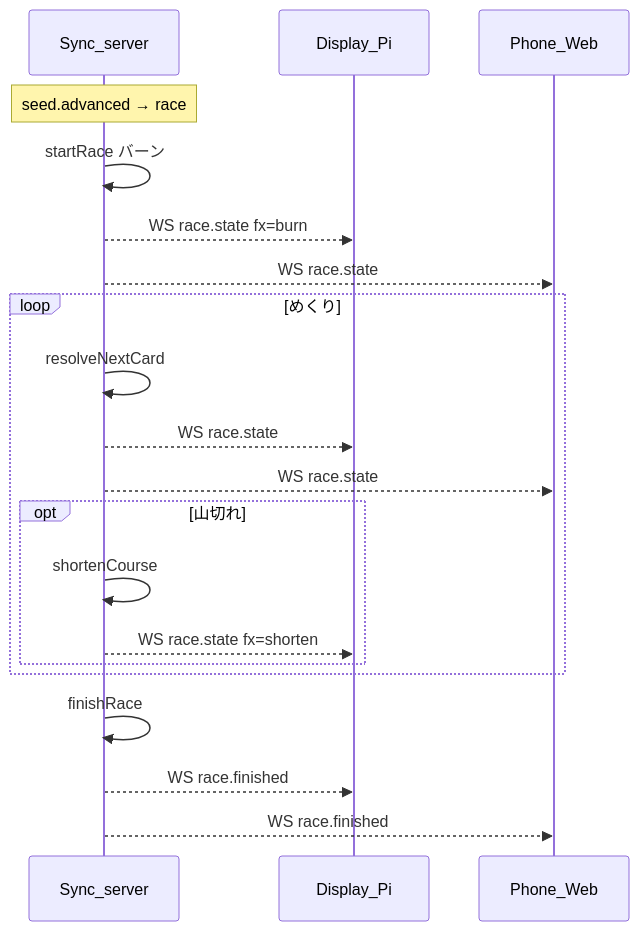
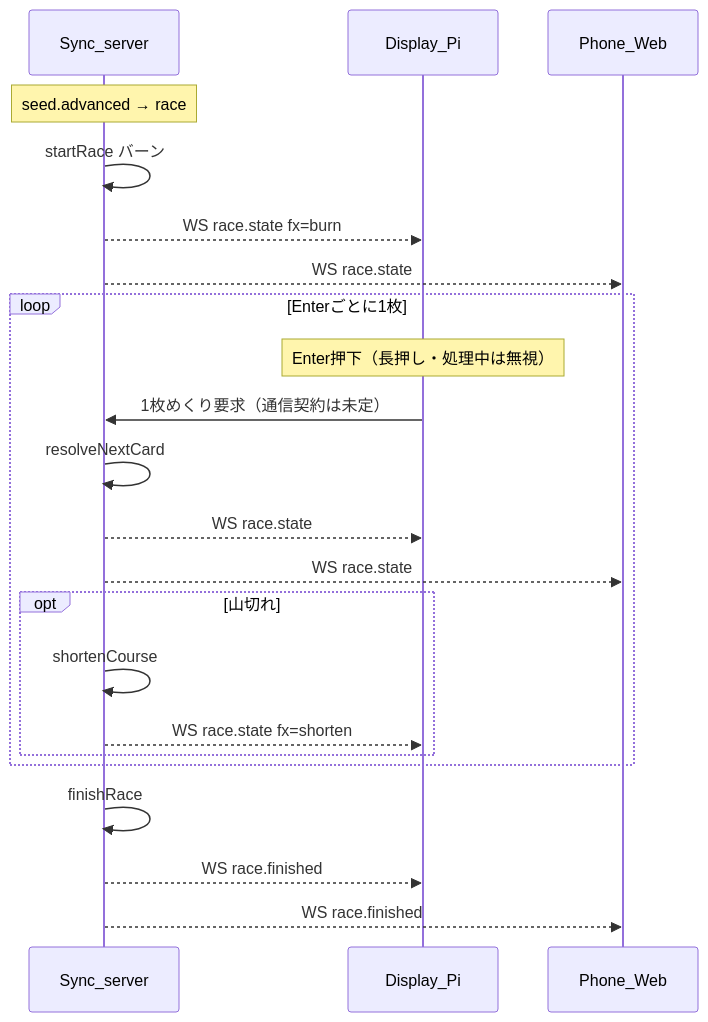
One commit to nittohbs-dev/HotStreak changed the diagram in docs/design/hotstreak/features/race/flows.md. Above: the diagram before and after it, drawn with Mermaid. The commit also changed other lines of this file and 13 other files, not shown here.

````diff
--- a/docs/design/hotstreak/features/race/flows.md
+++ b/docs/design/hotstreak/features/race/flows.md
@@ -5,23 +5,25 @@
 ```mermaid
 sequenceDiagram
   participant Sync as Sync_server
   participant Display as Display_Pi
   participant Phone as Phone_Web
 
   Note over Sync: seed.advanced → race
   Sync->>Sync: startRace バーン
   Sync-->>Display: WS race.state fx=burn
   Sync-->>Phone: WS race.state
-  loop めくり
+  loop Enterごとに1枚
+    Note over Display: Enter押下（長押し・処理中は無視）
+    Display->>Sync: 1枚めくり要求（通信契約は未定）
     Sync->>Sync: resolveNextCard
     Sync-->>Display: WS race.state
     Sync-->>Phone: WS race.state
     opt 山切れ
       Sync->>Sync: shortenCourse
       Sync-->>Display: WS race.state fx=shorten
     end
   end
   Sync->>Sync: finishRace
   Sync-->>Display: WS race.finished
   Sync-->>Phone: WS race.finished
 ```
````
